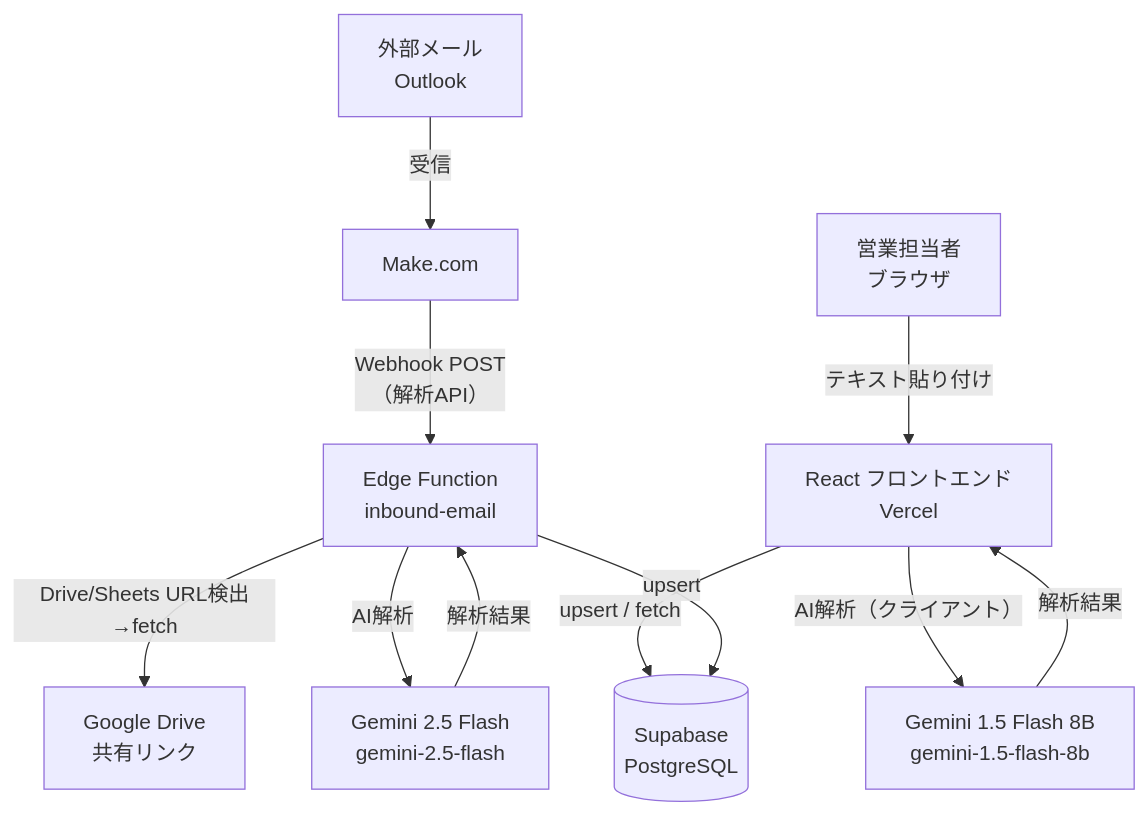
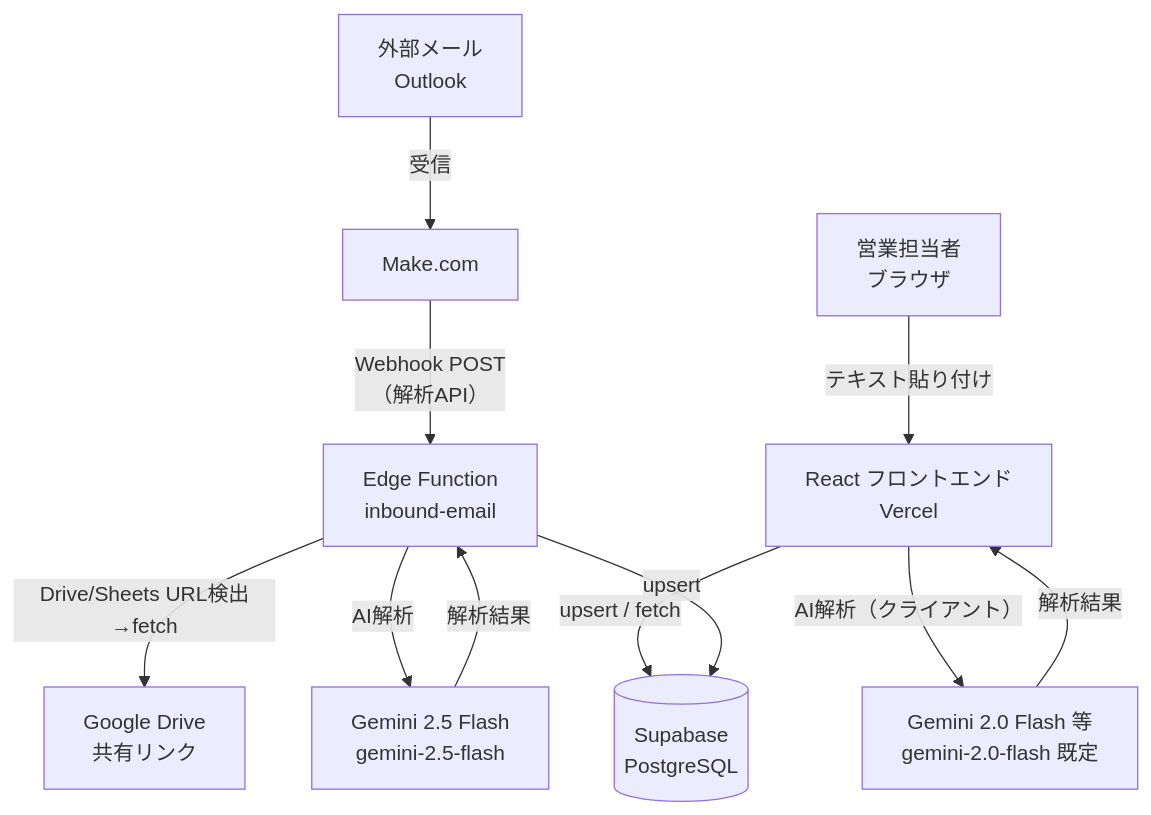
One commit to kzmiyamura/akinavi-hr-ai-aws changed the diagram in README.md. Above: the diagram before and after it, drawn with Mermaid. The commit also changed other lines of this file and 2 other files, not shown here.

First line of the commit message:
fix(ai): default Gemini model to gemini-2.0-flash (1.5-flash-8b 404)

````diff
--- a/README.md
+++ b/README.md
@@ -10,13 +10,13 @@
 ```mermaid
 flowchart TD
     A[営業担当者\nブラウザ] -->|テキスト貼り付け| B[React フロントエンド\nVercel]
-    B -->|AI解析（クライアント）| C[Gemini 1.5 Flash 8B\ngemini-1.5-flash-8b]
+    B -->|AI解析（クライアント）| C[Gemini 2.0 Flash 等\ngemini-2.0-flash 既定]
     C -->|解析結果| B
     B -->|upsert / fetch| D[(Supabase\nPostgreSQL)]
     E[外部メール\nOutlook] -->|受信| F[Make.com]
     F -->|Webhook POST\n（解析API）| G[Edge Function\ninbound-email]
     G -->|Drive/Sheets URL検出→fetch| H[Google Drive\n共有リンク]
     G -->|AI解析| I[Gemini 2.5 Flash\ngemini-2.5-flash]
     I -->|解析結果| G
     G -->|upsert| D
 ```
````
